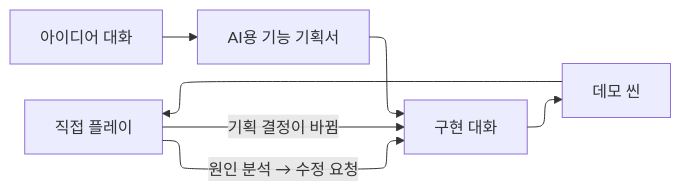
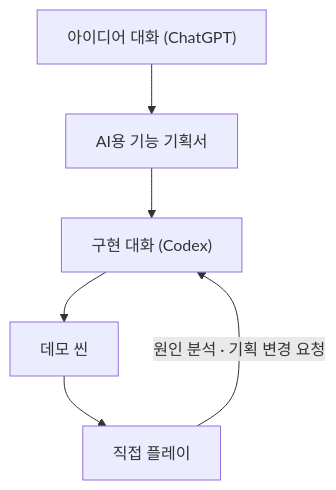
The third of 4 diagrams in src/4-snowball-golf/기술문서.md (Lets-Gitit/portfolio), drawn with Mermaid before and after one commit. The commit also changed other lines of this file and 8 other files, not shown here.

````diff
--- a/src/4-snowball-golf/기술문서.md
+++ b/src/4-snowball-golf/기술문서.md
@@ -86,13 +210,8 @@
 ```mermaid
----
-config:
-  layout: elk
----
-flowchart LR
-    A["아이디어 대화"] --> B["AI용 기능 기획서"]
-    B --> C["구현 대화"]
+flowchart TD
+    A["아이디어 대화 (ChatGPT)"] --> B["AI용 기능 기획서"]
+    B --> C["구현 대화 (Codex)"]
     C --> D["데모 씬"]
     D --> E["직접 플레이"]
-    E -->|"원인 분석 → 수정 요청"| C
-    E -->|"기획 결정이 바뀜"| C
+    E -->|"원인 분석 · 기획 변경 요청"| C
 ```
````
